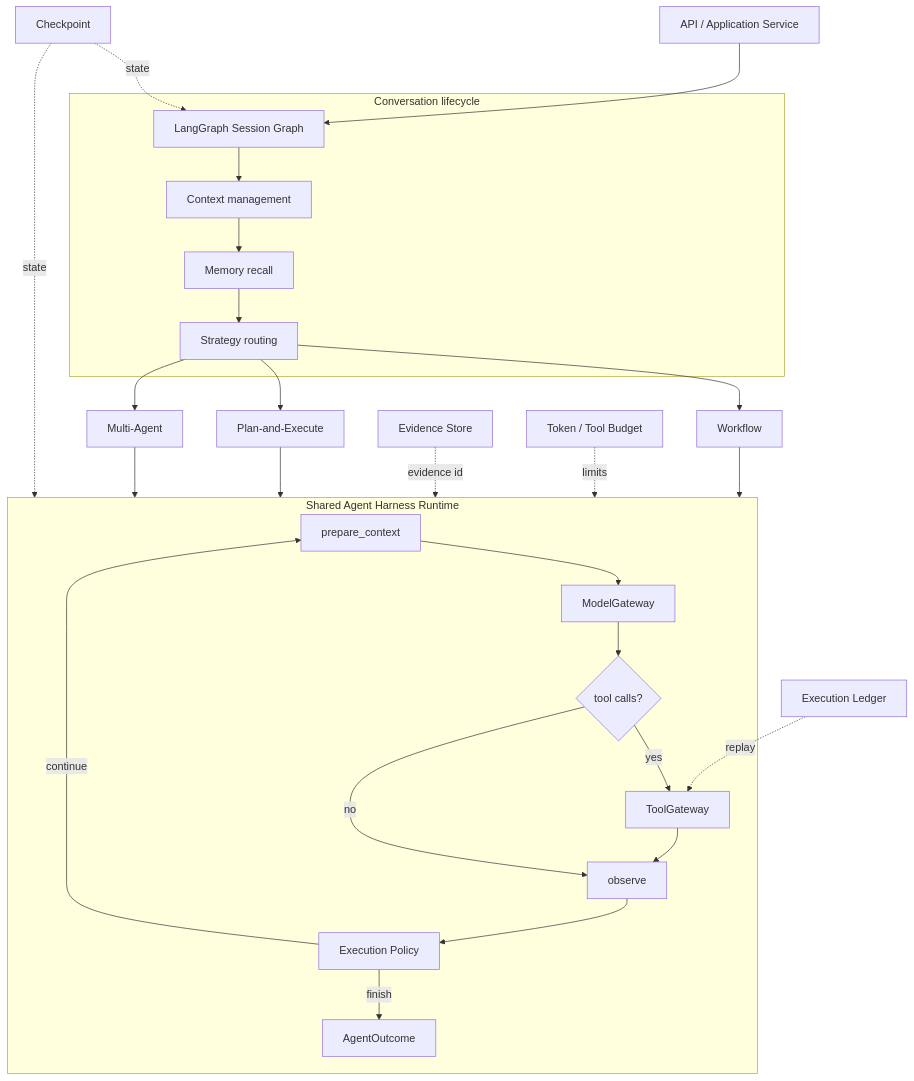
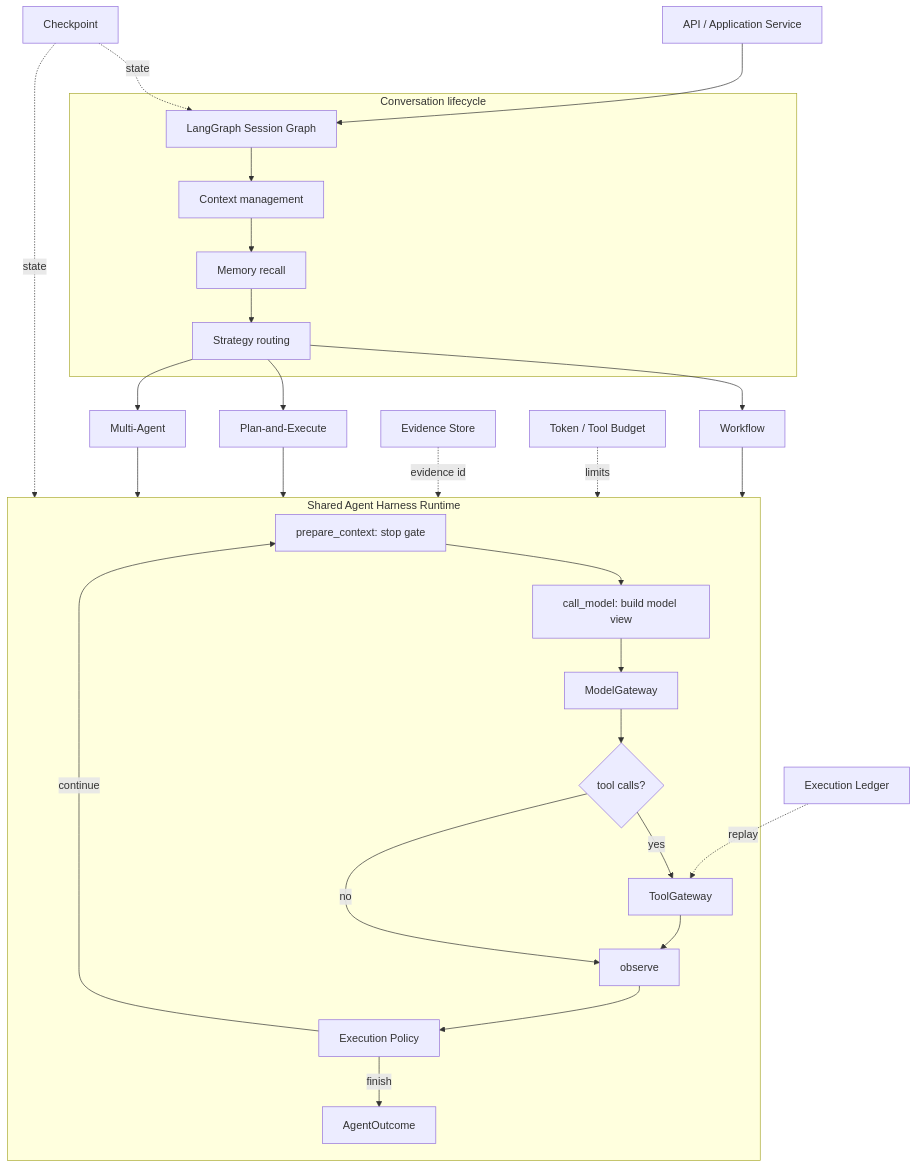
One commit to 1785454358/agent changed the diagram in docs/architecture/agent-harness.md. Above: the diagram before and after it, drawn with Mermaid. The commit also changed other lines of this file and 3 other files, not shown here.

````diff
--- a/docs/architecture/agent-harness.md
+++ b/docs/architecture/agent-harness.md
@@ -7,35 +7,36 @@
 ```mermaid
 flowchart TB
     API[API / Application Service] --> SG[LangGraph Session Graph]
 
     subgraph Session[Conversation lifecycle]
         SG --> CC[Context management]
         CC --> MR[Memory recall]
         MR --> SR[Strategy routing]
     end
 
     SR --> WF[Workflow]
     SR --> PE[Plan-and-Execute]
     SR --> MA[Multi-Agent]
 
     WF --> LOOP
     PE --> LOOP
     MA --> LOOP
 
     subgraph LOOP[Shared Agent Harness Runtime]
-        PC[prepare_context] --> MG[ModelGateway]
+        PC[prepare_context: stop gate] --> CM[call_model: build model view]
+        CM --> MG[ModelGateway]
         MG --> DEC{tool calls?}
         DEC -->|yes| TG[ToolGateway]
         TG --> OBS[observe]
         DEC -->|no| OBS
         OBS --> EP[Execution Policy]
         EP -->|continue| PC
         EP -->|finish| OUT[AgentOutcome]
     end
 
     CP[Checkpoint] -. state .-> SG
     CP -. state .-> LOOP
     ES[Evidence Store] -. evidence id .-> LOOP
     LD[Execution Ledger] -. replay .-> TG
     TB[Token / Tool Budget] -. limits .-> LOOP
 ```
````
